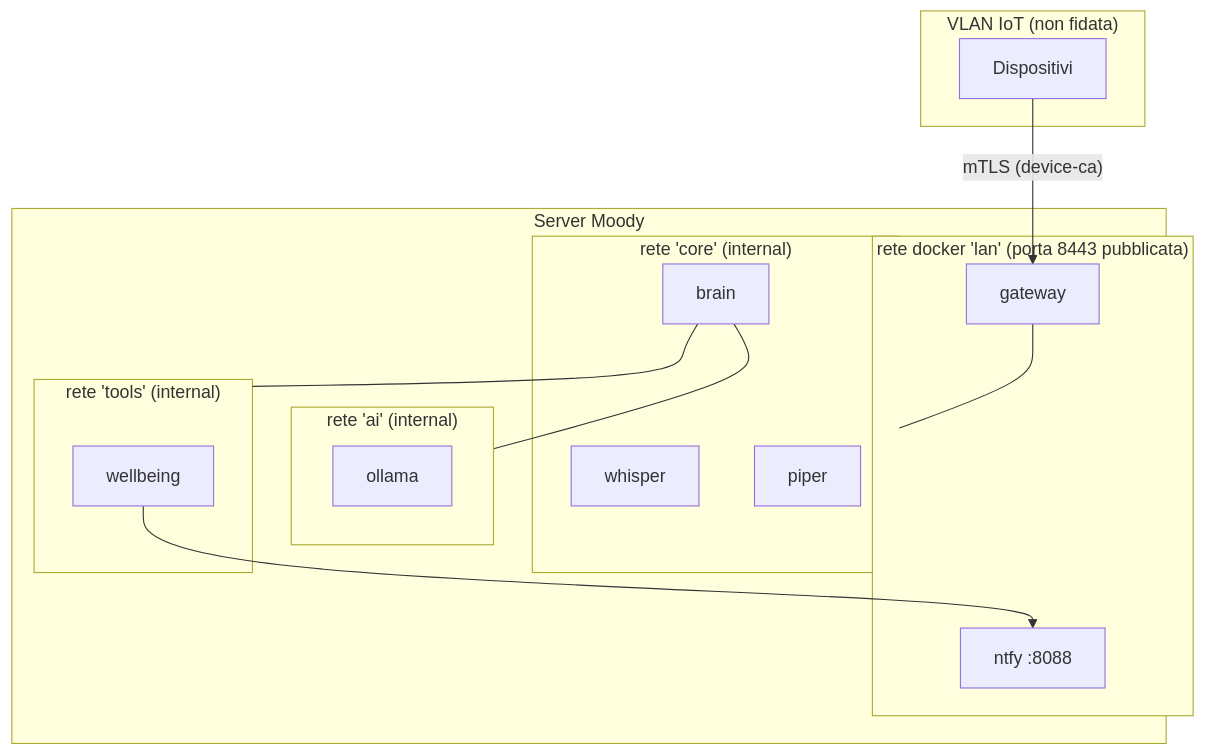
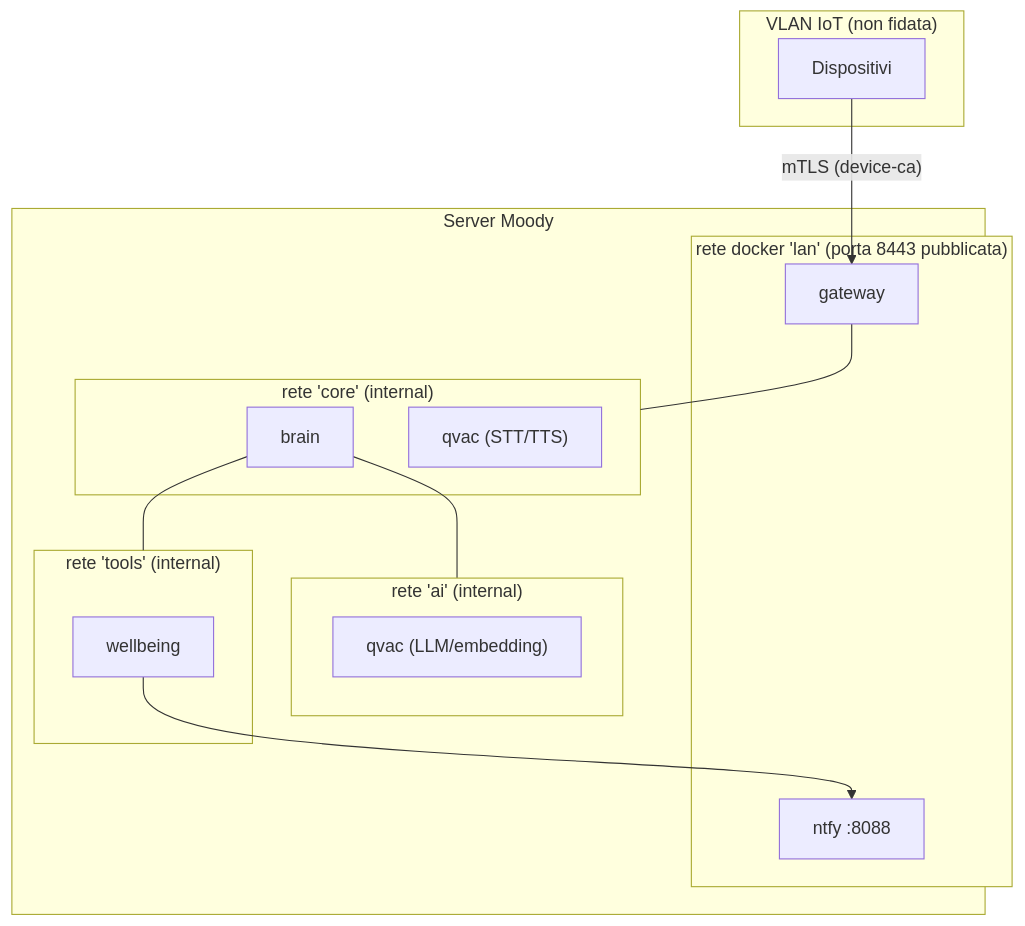
The third of 3 diagrams in docs/00-architettura.md (saldang/moody), drawn with Mermaid before and after one commit. The commit also changed other lines of this file and 9 other files, not shown here.

````diff
--- a/docs/00-architettura.md
+++ b/docs/00-architettura.md
@@ -111,28 +118,27 @@
 ```mermaid
 flowchart TB
     subgraph IOT["VLAN IoT (non fidata)"]
         DEV["Dispositivi"]
     end
     subgraph HOST["Server Moody"]
         subgraph LAN_NET["rete docker 'lan' (porta 8443 pubblicata)"]
             GW2["gateway"]
             NTFY2["ntfy :8088"]
         end
         subgraph CORE["rete 'core' (internal)"]
-            WH2["whisper"]
-            PI2["piper"]
             BR2["brain"]
+            QV2["qvac (STT/TTS)"]
         end
         subgraph AI["rete 'ai' (internal)"]
-            OL2["ollama"]
+            QV3["qvac (LLM/embedding)"]
         end
         subgraph TOOLS["rete 'tools' (internal)"]
             WB2["wellbeing"]
         end
     end
     DEV -- "mTLS (device-ca)" --> GW2
     GW2 --- CORE
     BR2 --- AI
     BR2 --- TOOLS
     WB2 --> NTFY2
 ```
````
